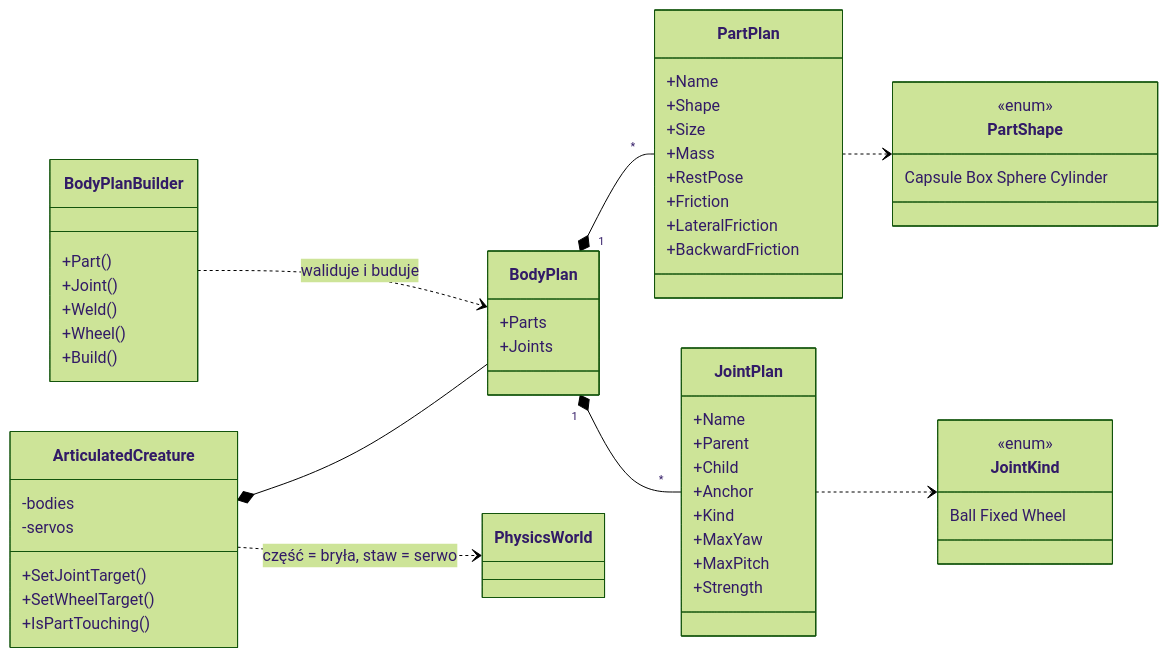
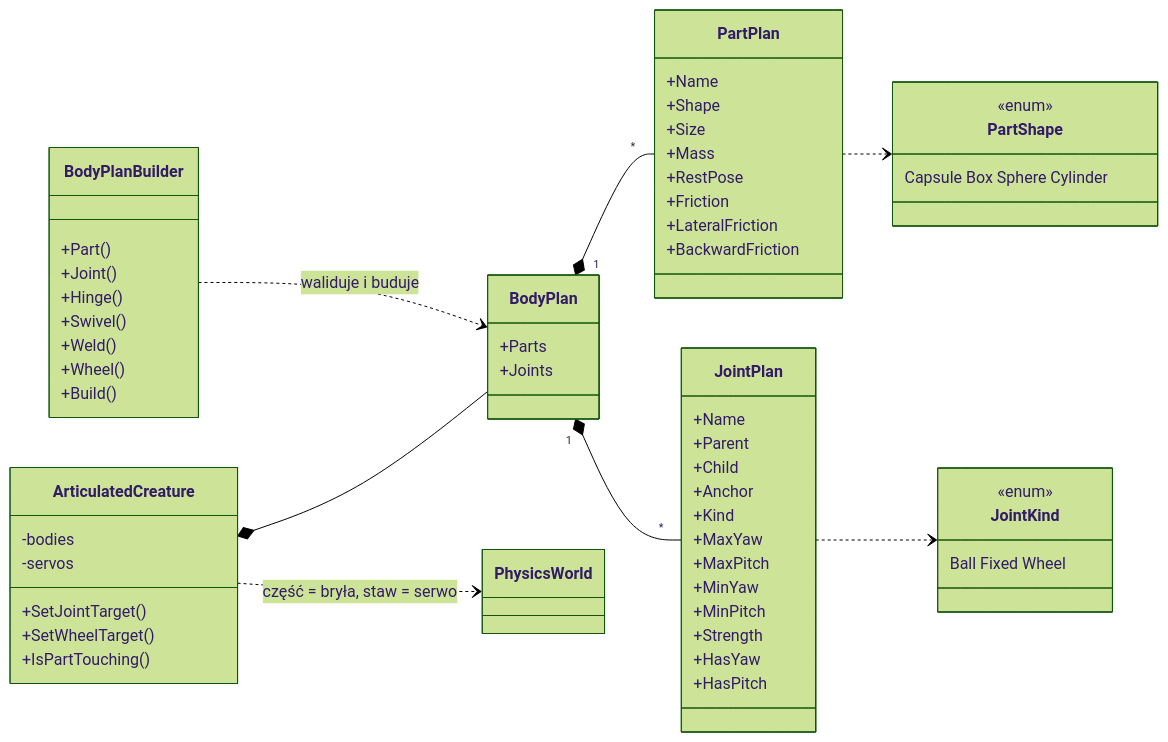
Before and after one commit to Logos7/Animata: the seventh of 15 diagrams in docs/mapa-kodu.md, drawn with Mermaid (forest theme). The commit also changed other lines of this file and 13 other files, not shown here.

````diff
--- a/docs/mapa-kodu.md
+++ b/docs/mapa-kodu.md
@@ -439,57 +508,63 @@
 ```mermaid
 classDiagram
   direction LR
   class BodyPlan {
     +Parts
     +Joints
   }
   class PartPlan {
     +Name
     +Shape
     +Size
     +Mass
     +RestPose
     +Friction
     +LateralFriction
     +BackwardFriction
   }
   class JointPlan {
     +Name
     +Parent
     +Child
     +Anchor
     +Kind
     +MaxYaw
     +MaxPitch
+    +MinYaw
+    +MinPitch
     +Strength
+    +HasYaw
+    +HasPitch
   }
   class PartShape {
     <<enum>>
     Capsule Box Sphere Cylinder
   }
   class JointKind {
     <<enum>>
     Ball Fixed Wheel
   }
   class BodyPlanBuilder {
     +Part()
     +Joint()
+    +Hinge()
+    +Swivel()
     +Weld()
     +Wheel()
     +Build()
   }
   class ArticulatedCreature {
     -bodies
     -servos
     +SetJointTarget()
     +SetWheelTarget()
     +IsPartTouching()
   }
   BodyPlan "1" *-- "*" PartPlan
   BodyPlan "1" *-- "*" JointPlan
   PartPlan ..> PartShape
   JointPlan ..> JointKind
   BodyPlanBuilder ..> BodyPlan : waliduje i buduje
   ArticulatedCreature *-- BodyPlan
   ArticulatedCreature ..> PhysicsWorld : część = bryła, staw = serwo
 ```
````
